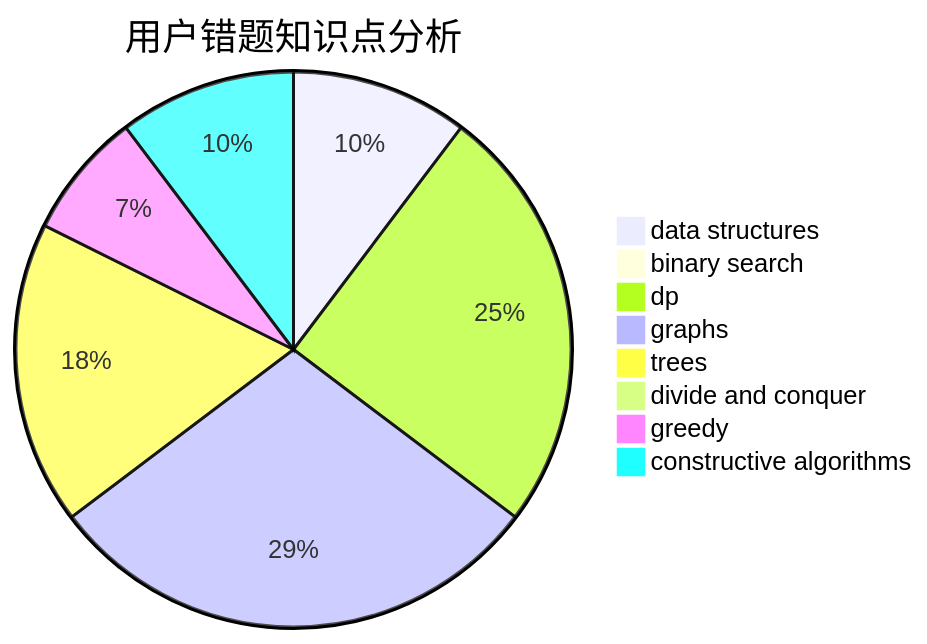
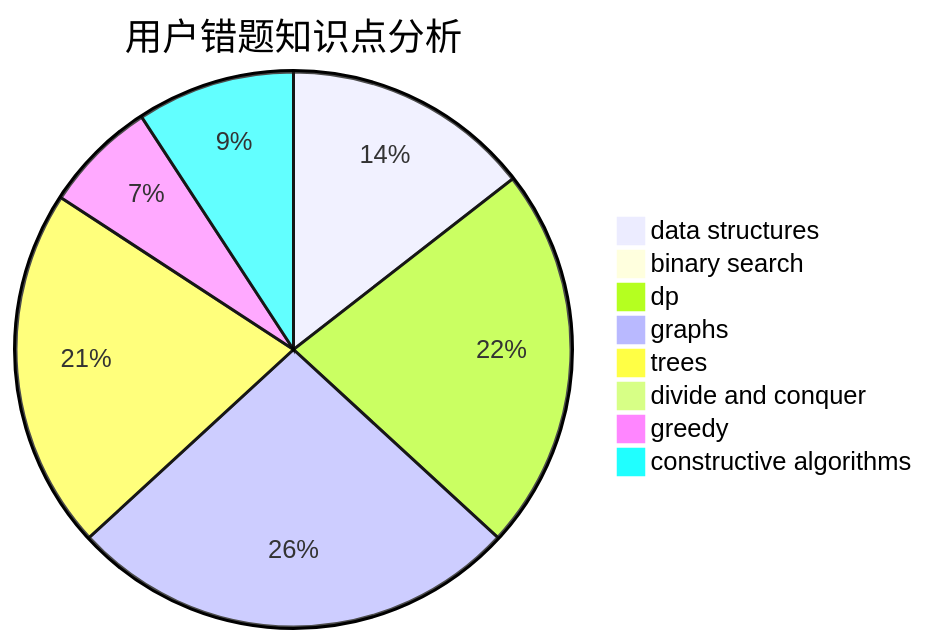
One commit to sherpahu/cfrs.github.io changed the third of 3 diagrams in docs/user/u2345.md. Above: the diagram before and after it, drawn with Mermaid. The commit also changed other lines of this file and 2770 other files, not shown here.

````diff
--- a/docs/user/u2345.md
+++ b/docs/user/u2345.md
@@ -36,11 +36,11 @@
 ```mermaid
 pie title 用户错题知识点分析
-    "data structures" :  7
+    "data structures" :  11
     "binary search" :  0
     "dp" :  17
     "graphs" :  20
-    "trees" :  12
+    "trees" :  16
     "divide and conquer" :  0
     "greedy" :  5
     "constructive algorithms" :  7
 ```
````
